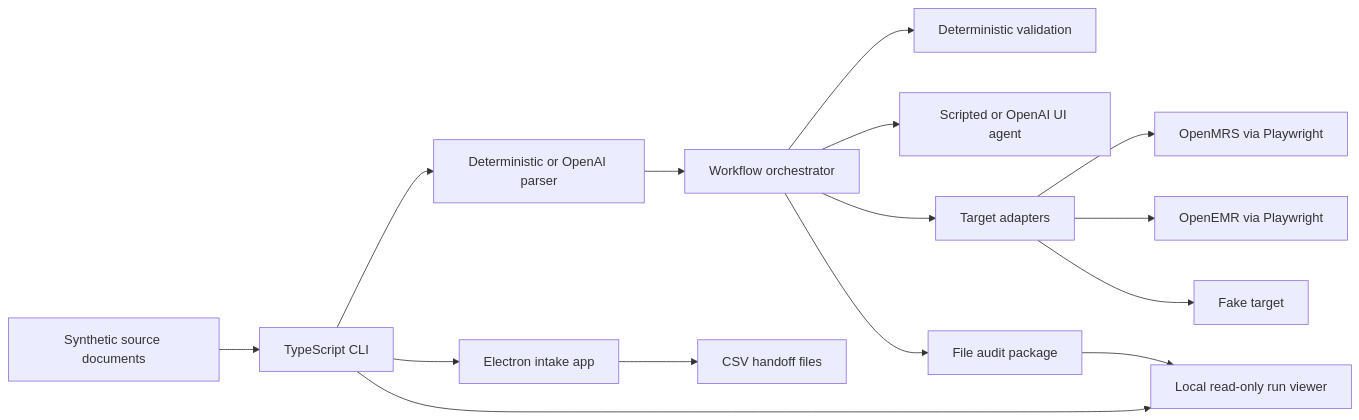
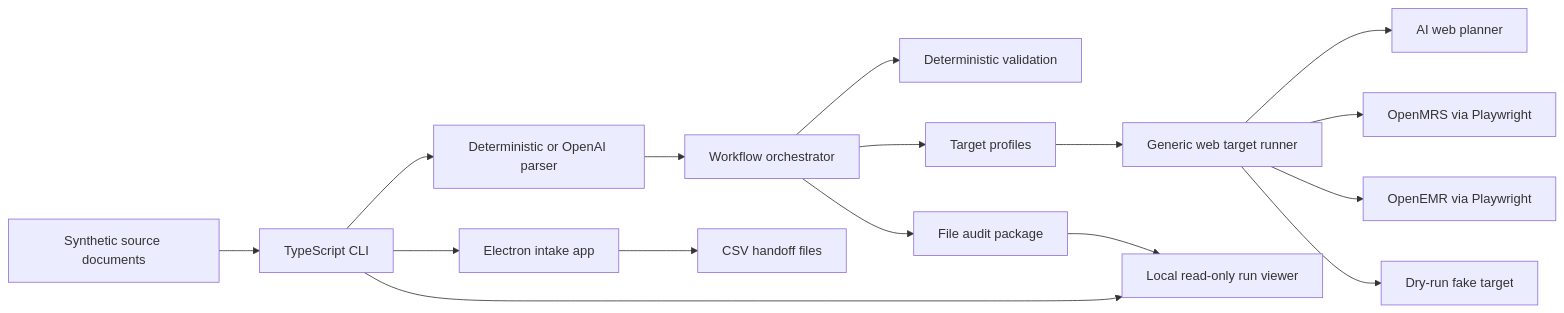
One commit to wm-pxel/agentic-ui-automation changed the first of 2 diagrams in README.md. Above: the diagram before and after it, drawn with Mermaid. The commit also changed other lines of this file and 9 other files, not shown here.

Commit message:
Migrate workflow to target profiles

````diff
--- a/README.md
+++ b/README.md
@@ -168,17 +163,18 @@
 ```mermaid
 flowchart LR
   Source["Synthetic source documents"] --> CLI["TypeScript CLI"]
   CLI --> Parser["Deterministic or OpenAI parser"]
   Parser --> Orchestrator["Workflow orchestrator"]
   Orchestrator --> Validation["Deterministic validation"]
-  Orchestrator --> Agent["Scripted or OpenAI UI agent"]
-  Orchestrator --> Targets["Target adapters"]
-  Targets --> OpenMRS["OpenMRS via Playwright"]
-  Targets --> OpenEMR["OpenEMR via Playwright"]
-  Targets --> Fake["Fake target"]
+  Orchestrator --> Profiles["Target profiles"]
+  Profiles --> Runner["Generic web target runner"]
+  Runner --> Planner["AI web planner"]
+  Runner --> OpenMRS["OpenMRS via Playwright"]
+  Runner --> OpenEMR["OpenEMR via Playwright"]
+  Runner --> Fake["Dry-run fake target"]
   CLI --> DesktopApp["Electron intake app"]
   DesktopApp --> Handoff["CSV handoff files"]
   Orchestrator --> Audit["File audit package"]
   CLI --> Viewer["Local read-only run viewer"]
   Audit --> Viewer
 ```
````
